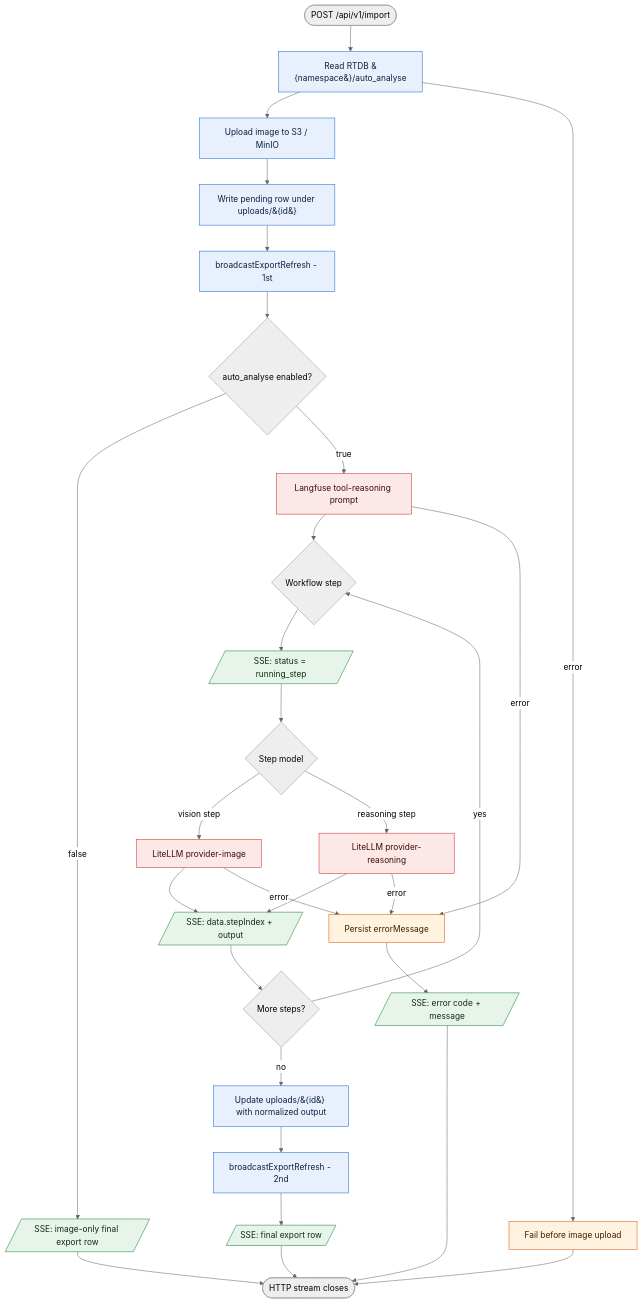
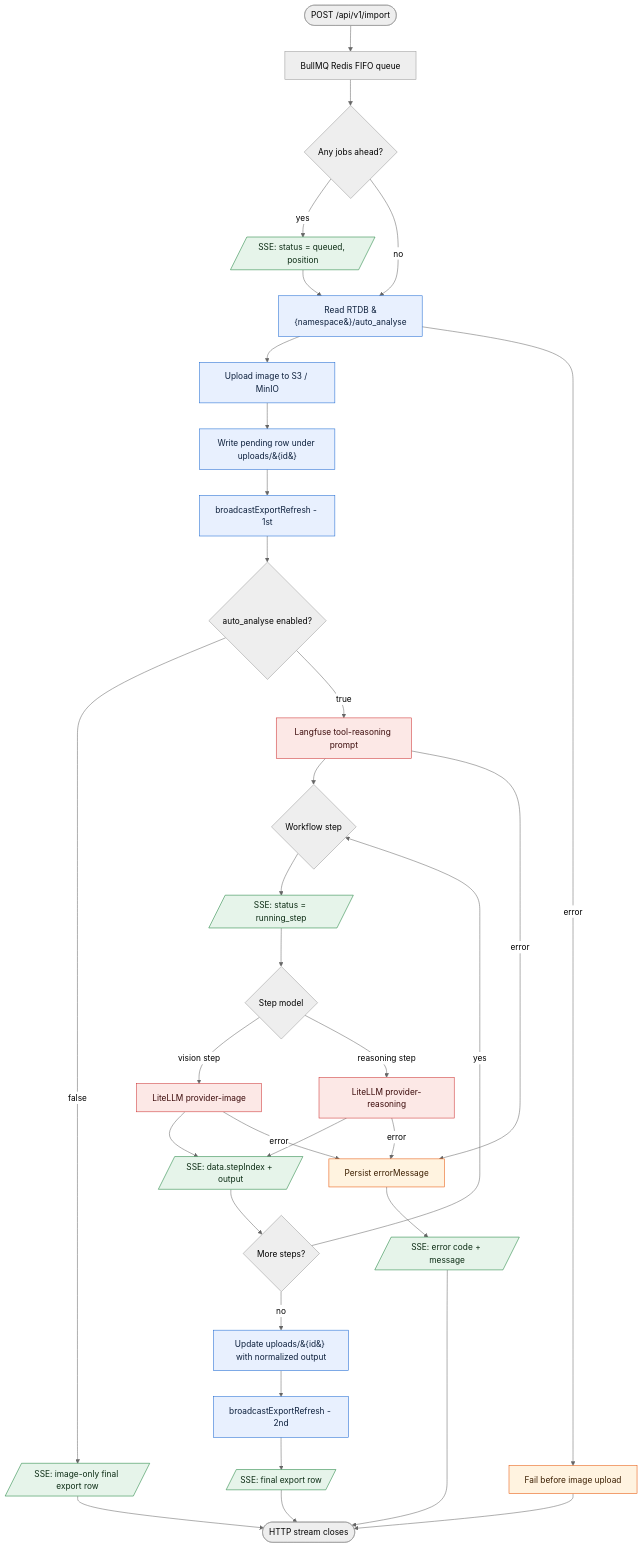
One commit to lowjungxuan98/AirEye changed the diagram in docs/workflow.md. Above: the diagram before and after it, drawn with Mermaid (neutral theme). The commit also changed other lines of this file and 19 other files, not shown here.

Commit message:
Serialize import workflows with BullMQ

````diff
--- a/docs/workflow.md
+++ b/docs/workflow.md
@@ -24,42 +24,46 @@
 ```mermaid
 flowchart TD
-    Start([POST /api/v1/import]) --> AutoAnalyseFlag[Read RTDB &#123;namespace&#125;/auto_analyse]
+    Start([POST /api/v1/import]) --> Queue[BullMQ Redis FIFO queue]
+    Queue --> Queued{Any jobs ahead?}
+    Queued -- yes --> EmitQueued[/SSE: status = queued, position/]
+    EmitQueued --> AutoAnalyseFlag[Read RTDB &#123;namespace&#125;/auto_analyse]
+    Queued -- no --> AutoAnalyseFlag
     AutoAnalyseFlag --> S3[Upload image to S3 / MinIO]
     S3 --> RTDB1[Write pending row under uploads/&#123;id&#125;]
     RTDB1 --> FCM1[broadcastExportRefresh - 1st]
     FCM1 --> AutoAnalyseEnabled{auto_analyse enabled?}
     AutoAnalyseEnabled -- false --> EmitImageOnly[/SSE: image-only final export row/]
     EmitImageOnly --> Done([HTTP stream closes])
     AutoAnalyseEnabled -- true --> Plan[Langfuse tool-reasoning prompt]
     Plan --> StepLoop{Workflow step}
     StepLoop --> Running[/SSE: status = running_step/]
     Running --> StepModel{Step model}
     StepModel -- vision step --> Vision[LiteLLM provider-image]
     StepModel -- reasoning step --> Reasoning[LiteLLM provider-reasoning]
     Vision --> Output[/SSE: data.stepIndex + output/]
     Reasoning --> Output
     Output --> More{More steps?}
     More -- yes --> StepLoop
     More -- no --> RTDB2[Update uploads/&#123;id&#125; with normalized output]
     RTDB2 --> FCM2[broadcastExportRefresh - 2nd]
     FCM2 --> EmitRow[/SSE: final export row/]
     EmitRow --> Done
 
     AutoAnalyseFlag -- error --> PreflightError[Fail before image upload]
     PreflightError --> Done
     Plan -- error --> ErrorPath[Persist errorMessage]
     Vision -- error --> ErrorPath
     Reasoning -- error --> ErrorPath
     ErrorPath --> EmitError[/SSE: error code + message/]
     EmitError --> Done
 
     classDef llm fill:#fce8e6,stroke:#cc2c2c,color:#3b0a0a
     classDef sse fill:#e6f4ea,stroke:#188038,color:#0c2c14
     classDef store fill:#e8f0fe,stroke:#1967d2,color:#0c1f3b
     classDef err fill:#fff3e0,stroke:#e65100,color:#3b1e00
 
     class Plan,Vision,Reasoning llm
-    class Running,Output,EmitRow,EmitImageOnly,EmitError sse
+    class EmitQueued,Running,Output,EmitRow,EmitImageOnly,EmitError sse
     class AutoAnalyseFlag,S3,RTDB1,RTDB2,FCM1,FCM2 store
     class ErrorPath,PreflightError err
 ```
````
